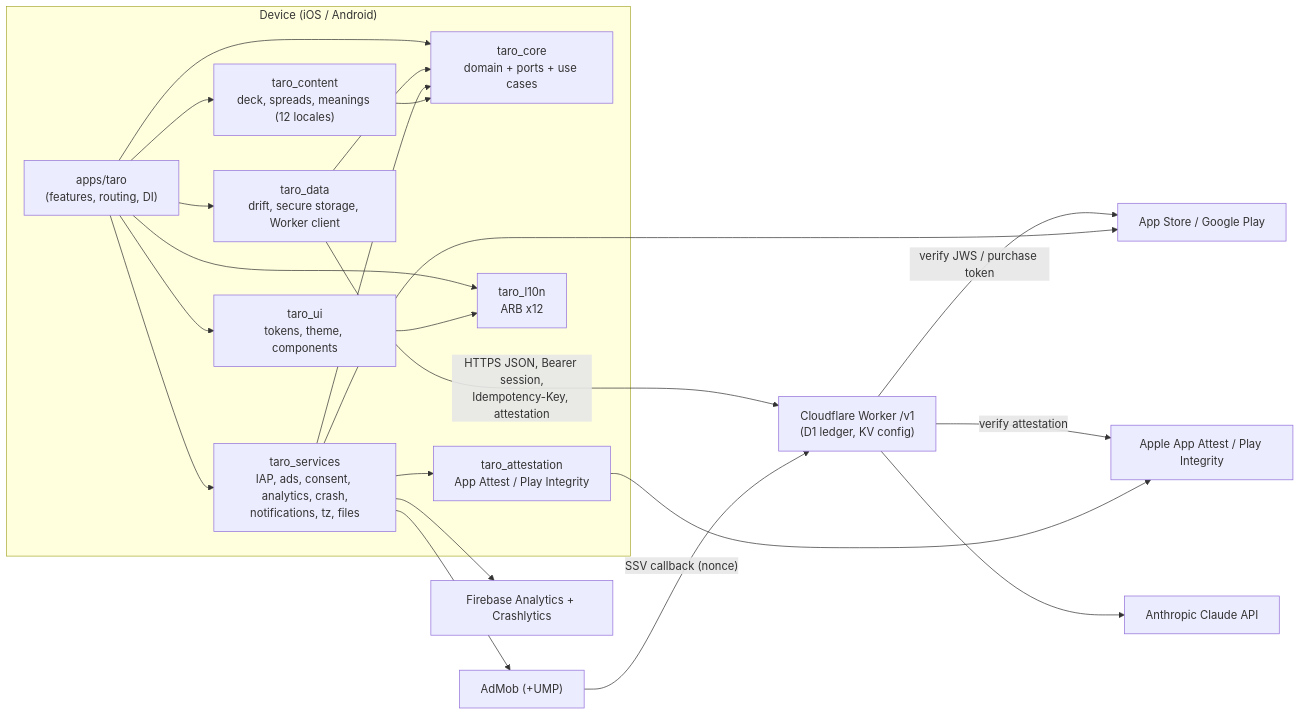
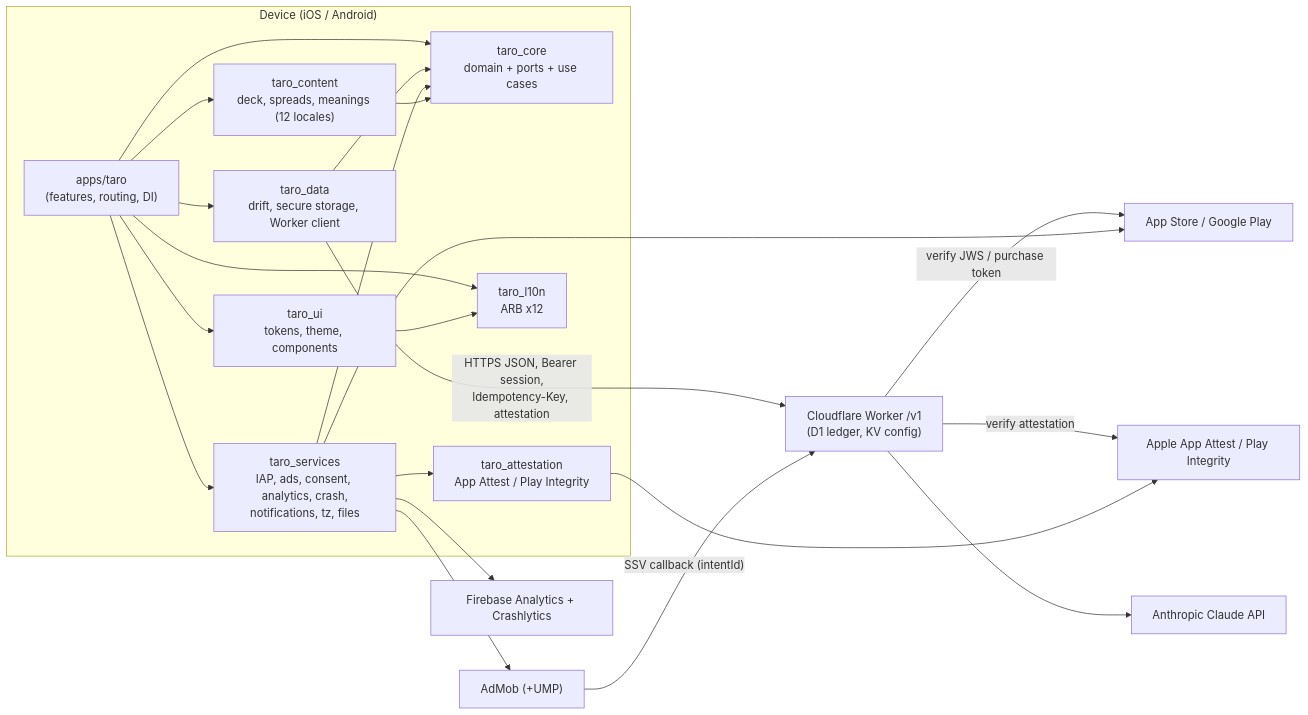
Before and after one commit to Mc231/taro: the first of 3 diagrams in docs/specs/02_ARCHITECTURE.md, drawn with Mermaid. The commit also changed other lines of this file and 23 other files, not shown here.

````diff
--- a/docs/specs/02_ARCHITECTURE.md
+++ b/docs/specs/02_ARCHITECTURE.md
@@ -63,36 +64,36 @@
 ```mermaid
 flowchart LR
   subgraph Device["Device (iOS / Android)"]
     App["apps/taro<br/>(features, routing, DI)"]
     Core["taro_core<br/>domain + ports + use cases"]
     Data["taro_data<br/>drift, secure storage, Worker client"]
     Svc["taro_services<br/>IAP, ads, consent, analytics, crash,<br/>notifications, tz, files"]
     Att["taro_attestation<br/>App Attest / Play Integrity"]
     Content["taro_content<br/>deck, spreads, meanings (12 locales)"]
     UI["taro_ui<br/>tokens, theme, components"]
     L10n["taro_l10n<br/>ARB x12"]
     App --> Core & Data & Svc & Content & UI & L10n
     Data --> Core
     Svc --> Core
     Svc --> Att
     Content --> Core
     UI --> L10n
   end
 
   Worker["Cloudflare Worker /v1<br/>(D1 ledger, KV config)"]
   Anthropic["Anthropic Claude API"]
   Stores["App Store / Google Play"]
   AdMob["AdMob (+UMP)"]
   Firebase["Firebase Analytics + Crashlytics"]
   Attest["Apple App Attest / Play Integrity"]
 
   Data -- "HTTPS JSON, Bearer session,<br/>Idempotency-Key, attestation" --> Worker
   Worker --> Anthropic
   Worker -- "verify JWS / purchase token" --> Stores
-  AdMob -- "SSV callback (nonce)" --> Worker
+  AdMob -- "SSV callback (intentId)" --> Worker
   Worker -- "verify attestation" --> Attest
   Svc --> Stores
   Svc --> AdMob
   Svc --> Firebase
   Att --> Attest
 ```
````
